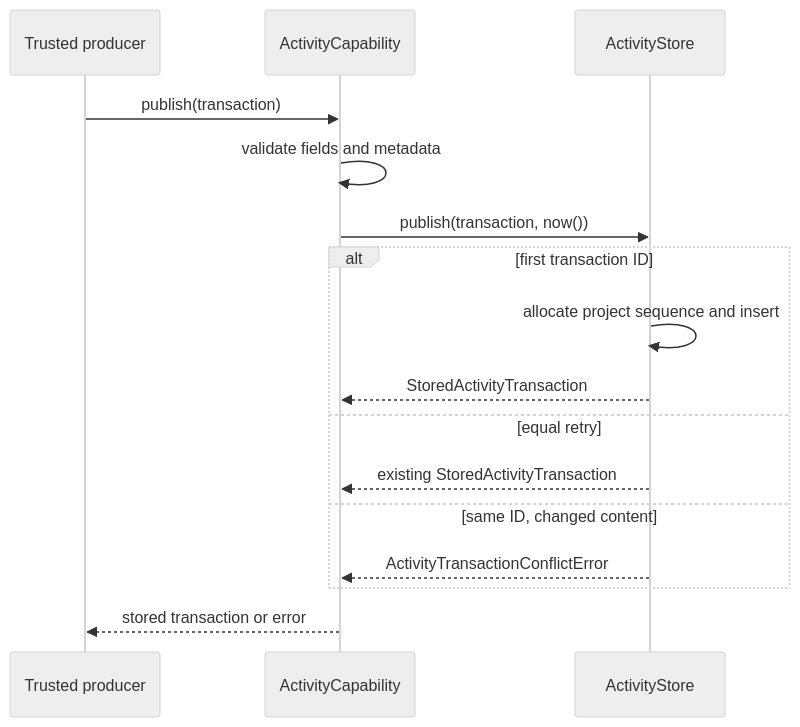
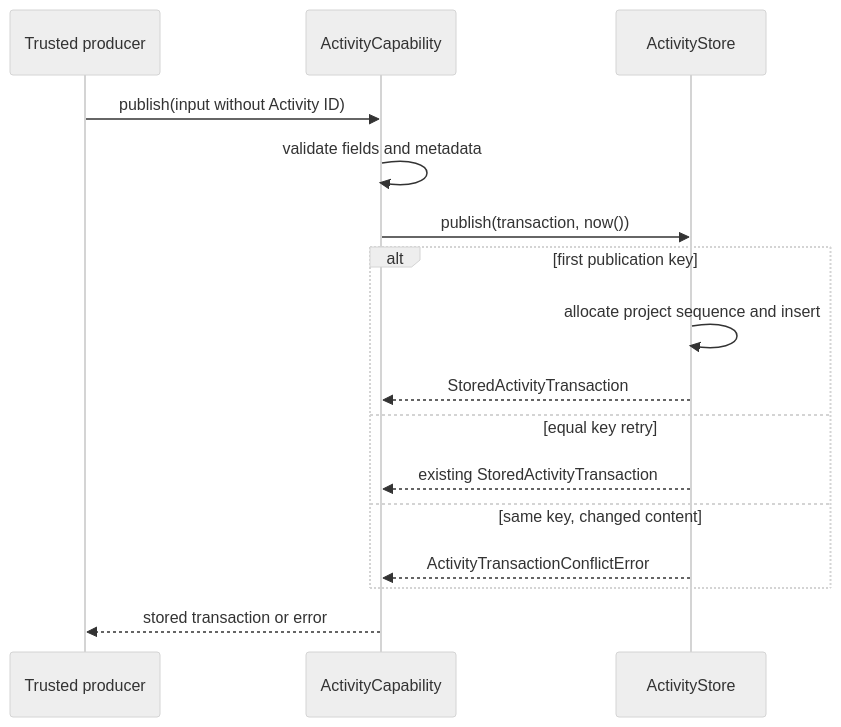
One commit to gccurtis/icarus changed the first of 4 diagrams in apps/backend/src/3-capabilities/activity/docs/flows.md. Above: the diagram before and after it, drawn with Mermaid (neutral theme). The commit also changed other lines of this file and 13 other files, not shown here.

First line of the commit message:
feat(activity): derive transaction IDs from producer idempotency keys

````diff
--- a/apps/backend/src/3-capabilities/activity/docs/flows.md
+++ b/apps/backend/src/3-capabilities/activity/docs/flows.md
@@ -8,18 +8,18 @@
 ```mermaid
 sequenceDiagram
   participant P as Trusted producer
   participant A as ActivityCapability
   participant S as ActivityStore
-  P->>A: publish(transaction)
+  P->>A: publish(input without Activity ID)
   A->>A: validate fields and metadata
   A->>S: publish(transaction, now())
-  alt first transaction ID
+  alt first publication key
     S->>S: allocate project sequence and insert
     S-->>A: StoredActivityTransaction
-  else equal retry
+  else equal key retry
     S-->>A: existing StoredActivityTransaction
-  else same ID, changed content
+  else same key, changed content
     S-->>A: ActivityTransactionConflictError
   end
   A-->>P: stored transaction or error
 ```
````
